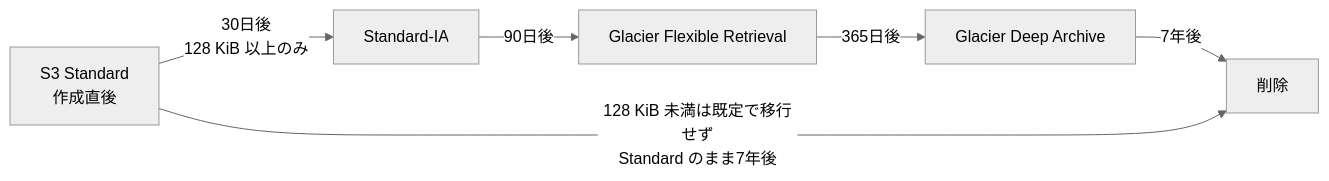
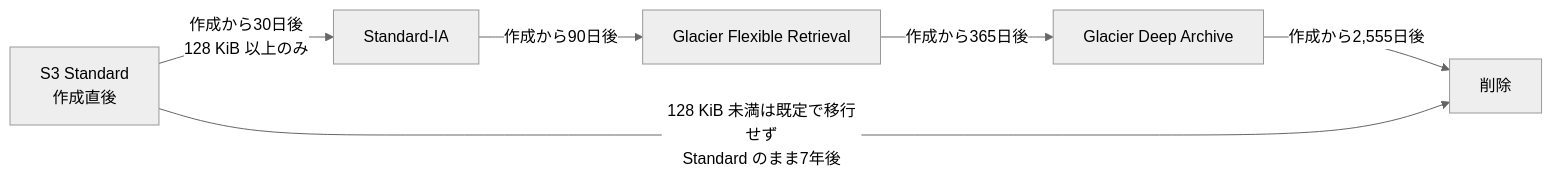
One commit to myoshi2891/Cloud-Infrastructure-and-Network-Studies changed diagram 21 of 23 in Aws-sap-c02-domain2-guide.md. Above: the diagram before and after it, drawn with Mermaid (neutral theme). The commit also changed other lines of this file and 2 other files, not shown here.

````diff
--- a/Aws-sap-c02-domain2-guide.md
+++ b/Aws-sap-c02-domain2-guide.md
@@ -1068,8 +1069,8 @@
 ```mermaid
 flowchart LR
-    A["S3 Standard<br/>作成直後"] -->|"30日後<br/>128 KiB 以上のみ"| B["Standard-IA"]
-    B -->|"90日後"| C["Glacier Flexible Retrieval"]
-    C -->|"365日後"| D["Glacier Deep Archive"]
-    D -->|"7年後"| E["削除"]
+    A["S3 Standard<br/>作成直後"] -->|"作成から30日後<br/>128 KiB 以上のみ"| B["Standard-IA"]
+    B -->|"作成から90日後"| C["Glacier Flexible Retrieval"]
+    C -->|"作成から365日後"| D["Glacier Deep Archive"]
+    D -->|"作成から2,555日後"| E["削除"]
     A -->|"128 KiB 未満は既定で移行せず<br/>Standard のまま7年後"| E
 ```
````
